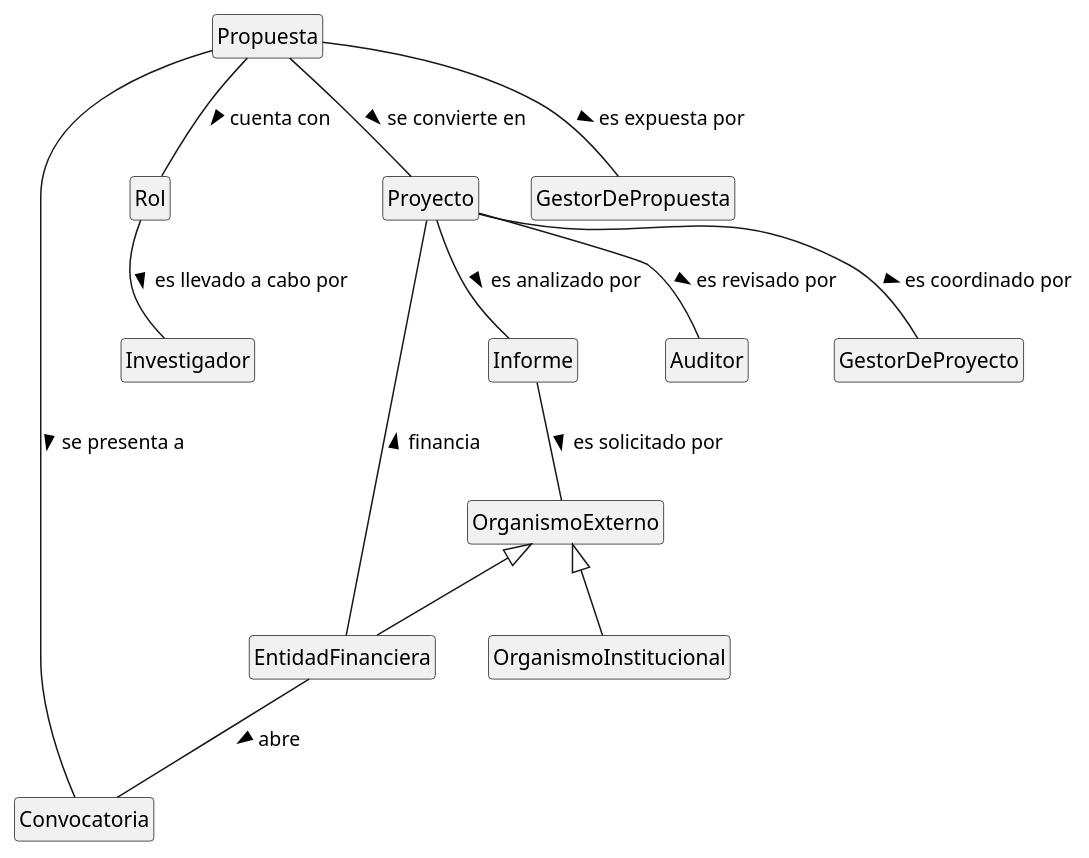
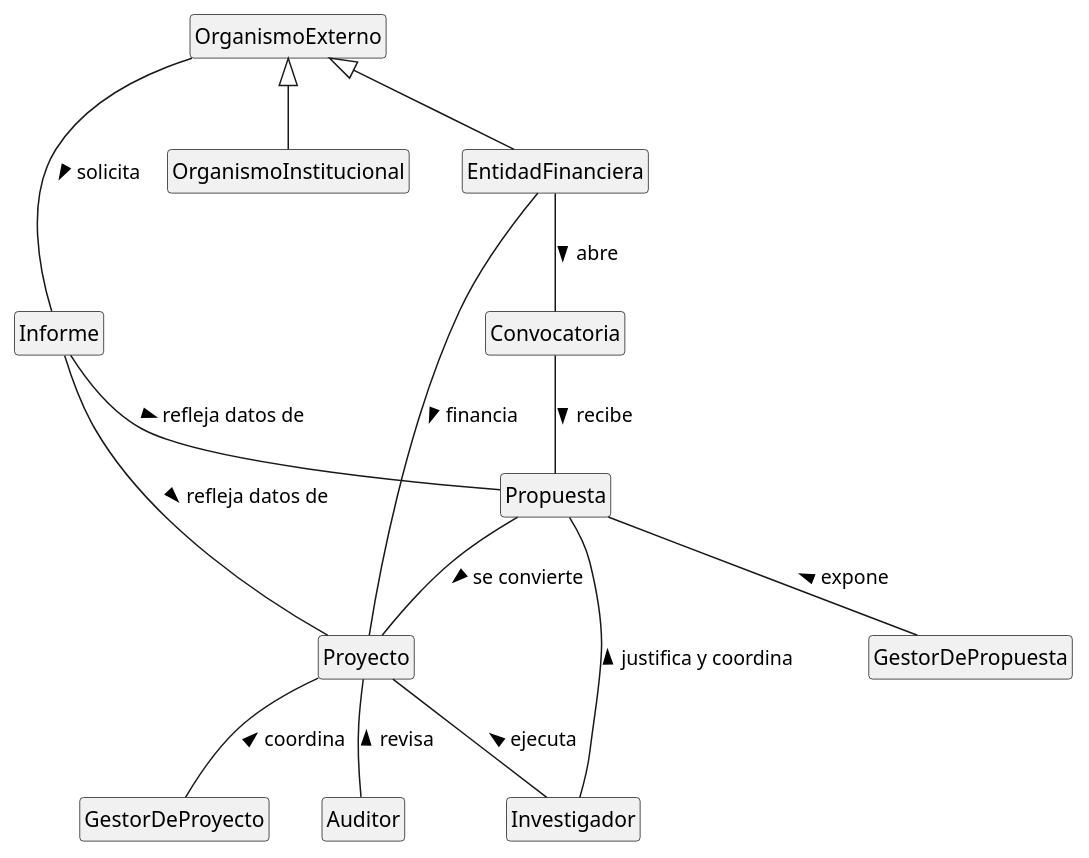
The diagram in modelosUML/00-modelo-del-dominio/diagrama-de-clases.puml (Angelo2272/26-27-IdSw1-SDR), drawn with PlantUML before and after one commit. The commit also changed 1 other file, not shown here.

Commit message:
Refactor class diagram: update relationships and remove unused classes
- Removed the 'Rol' class and its associations.
- Updated relationships between 'Propuesta', 'GestorDePropuesta', and 'Proyecto' to use correct notation.
- Adjusted links to reflect the new relationships and removed redundant associations.
- Cleaned up the diagram for better clarity and consistency.

```diff
--- a/modelosUML/00-modelo-del-dominio/diagrama-de-clases.puml
+++ b/modelosUML/00-modelo-del-dominio/diagrama-de-clases.puml
@@ -1,51 +1,48 @@
 @startuml
 
 hide circle
 hide empty members
 
 class Convocatoria
 
 class Propuesta
 
 class EntidadFinanciera
 
 class OrganismoExterno
 
 class OrganismoInstitucional
 
 class Informe
 
 class Investigador
 
-class Rol
-
 class Auditor
 
 class Proyecto
 
 class GestorDeProyecto
 
 class GestorDePropuesta
 
-Propuesta -- GestorDePropuesta : es expuesta por >
-Proyecto -- GestorDeProyecto : es coordinado por >
+Propuesta -d- GestorDePropuesta : expone <
+Proyecto -d- GestorDeProyecto : coordina <
 
 OrganismoExterno <|-- EntidadFinanciera
 OrganismoExterno <|-- OrganismoInstitucional
 
 EntidadFinanciera -- Convocatoria : abre >
-Propuesta -- Proyecto : se convierte en >
-Propuesta -- Convocatoria: se presenta a >
-Proyecto -- Auditor: es revisado por >
+Propuesta -- Proyecto: se convierte > 
+Convocatoria -- Propuesta: recibe >
+Proyecto -d- Auditor: revisa <
 EntidadFinanciera -- Proyecto : financia >
 
-Propuesta -- Rol : cuenta con >
+Propuesta -d- Investigador : justifica y coordina <
+Proyecto -d- Investigador: ejecuta <
 
-Rol -- Investigador: es llevado a cabo por >
-
-Informe -- OrganismoExterno: es solicitado por >
-Proyecto -- Informe : es analizado por >
-
+OrganismoExterno -d- Informe: solicita >
+Informe -- Propuesta : refleja datos de >
+Informe -- Proyecto : refleja datos de >
 
 
 @enduml
```
